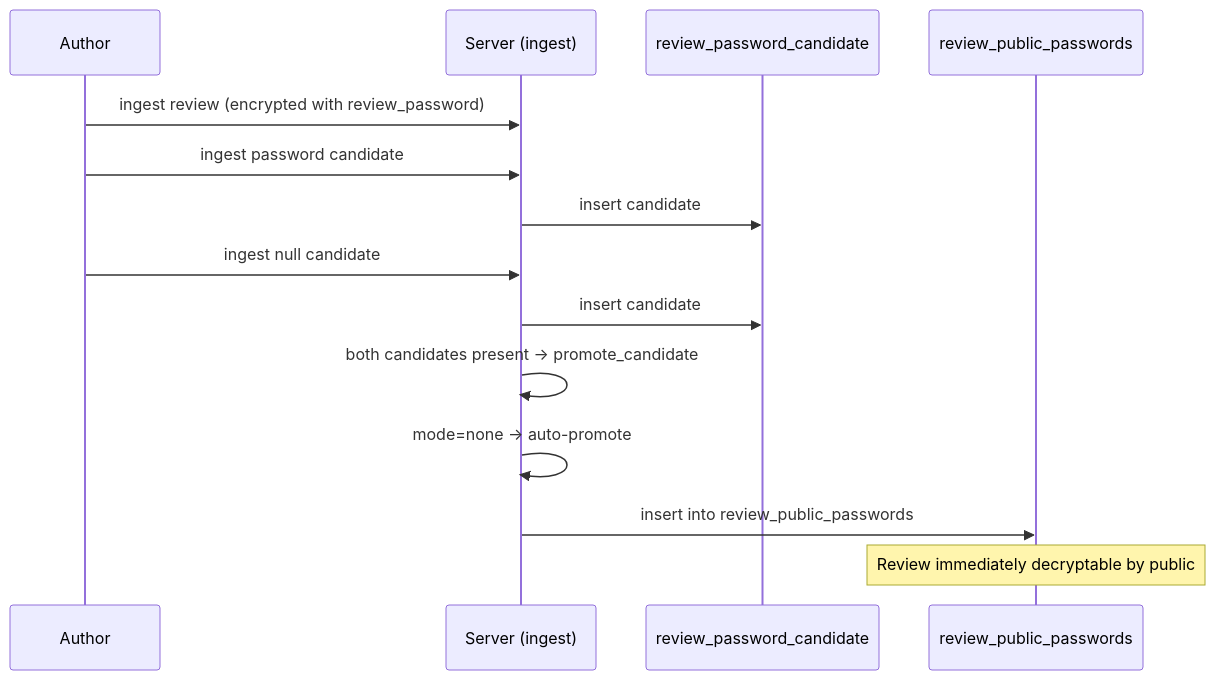
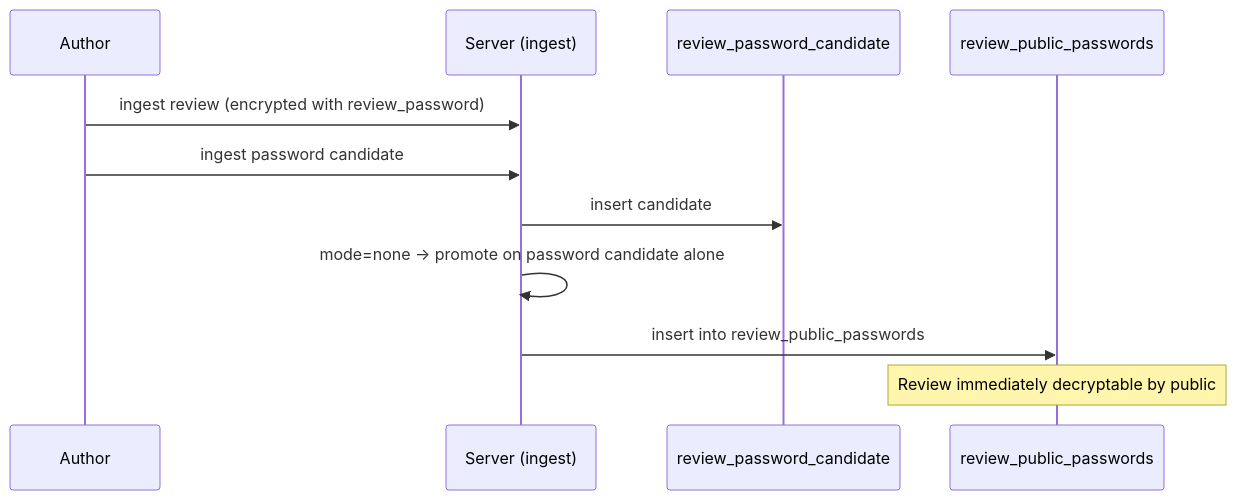
The second of 4 diagrams in docs/proposal/reviews.md (Buckitup-chat/chat), drawn with Mermaid before and after one commit. The commit also changed other lines of this file and 14 other files, not shown here.

Commit message:
reviews: review creation full flow

````diff
--- a/docs/proposal/reviews.md
+++ b/docs/proposal/reviews.md
@@ -154,17 +154,14 @@
 ```mermaid
 sequenceDiagram
     participant A as Author
     participant S as Server (ingest)
     participant C as review_password_candidate
     participant P as review_public_passwords
 
     A->>S: ingest review (encrypted with review_password)
     A->>S: ingest password candidate
     S->>C: insert candidate
-    A->>S: ingest null candidate
-    S->>C: insert candidate
-    S->>S: both candidates present → promote_candidate
-    S->>S: mode=none → auto-promote
+    S->>S: mode=none → promote on password candidate alone
     S->>P: insert into review_public_passwords
     Note over P: Review immediately decryptable by public
 ```
````
